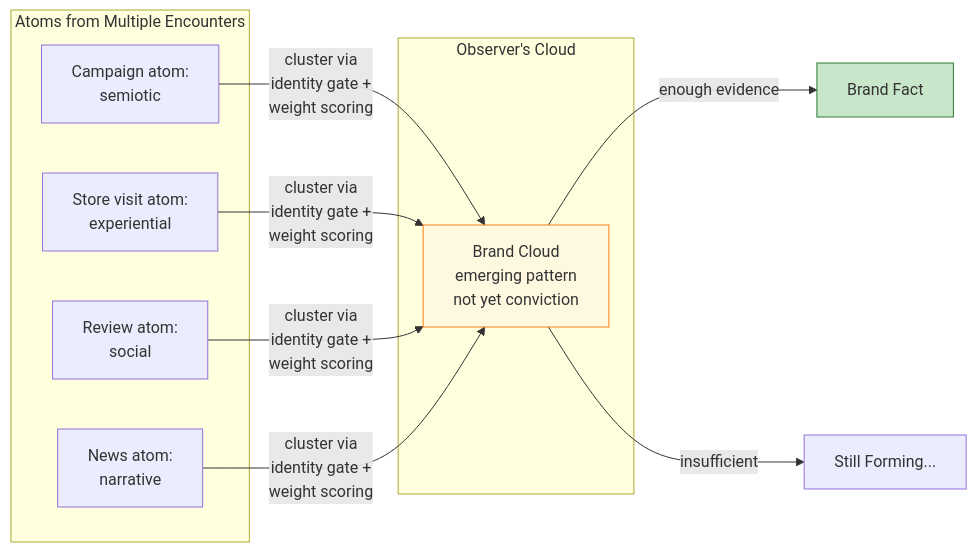
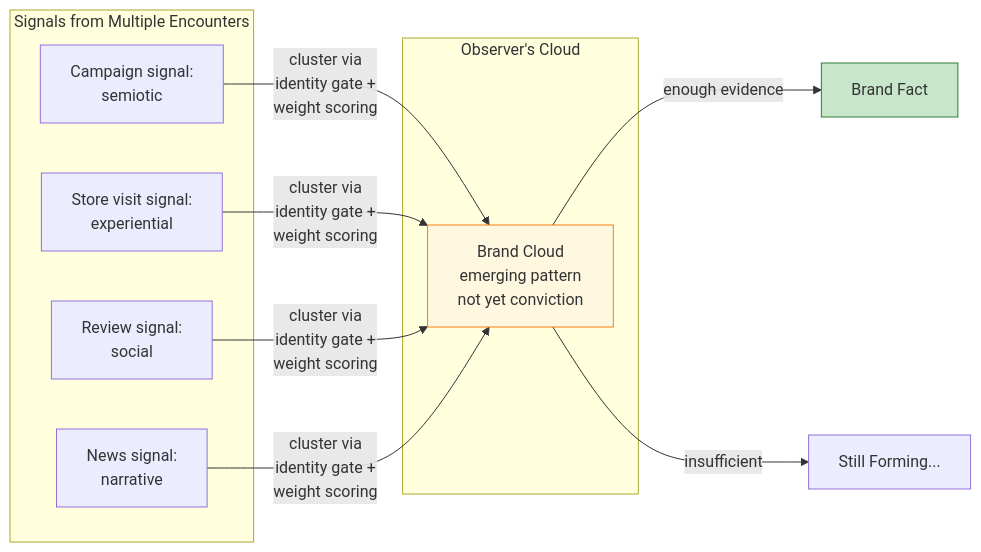
Before and after one commit to spectralbranding/sbt-framework: the fourth of 6 diagrams in docs/GLOSSARY.md, drawn with Mermaid. The commit also changed other lines of this file, not shown here.

First line of the commit message:
glossary: atom->signal lean + Brand Spectrometer measurement layer

````diff
--- a/docs/GLOSSARY.md
+++ b/docs/GLOSSARY.md
@@ -499,19 +504,19 @@
 ```mermaid
 graph LR
-    subgraph "Atoms from Multiple Encounters"
-        A1[Campaign atom:<br/>semiotic]
-        A2[Store visit atom:<br/>experiential]
-        A3[Review atom:<br/>social]
-        A4[News atom:<br/>narrative]
+    subgraph "Signals from Multiple Encounters"
+        A1[Campaign signal:<br/>semiotic]
+        A2[Store visit signal:<br/>experiential]
+        A3[Review signal:<br/>social]
+        A4[News signal:<br/>narrative]
     end
 
     subgraph "Observer's Cloud"
         A1 & A2 & A3 & A4 -->|cluster via<br/>identity gate +<br/>weight scoring| BC[Brand Cloud<br/>emerging pattern<br/>not yet conviction]
     end
 
     BC -->|enough evidence| BF[Brand Fact]
     BC -->|insufficient| FORMING[Still Forming...]
 
     style BC fill:#fff8e1,stroke:#f57f17
     style BF fill:#c8e6c9,stroke:#2e7d32
 ```
````
